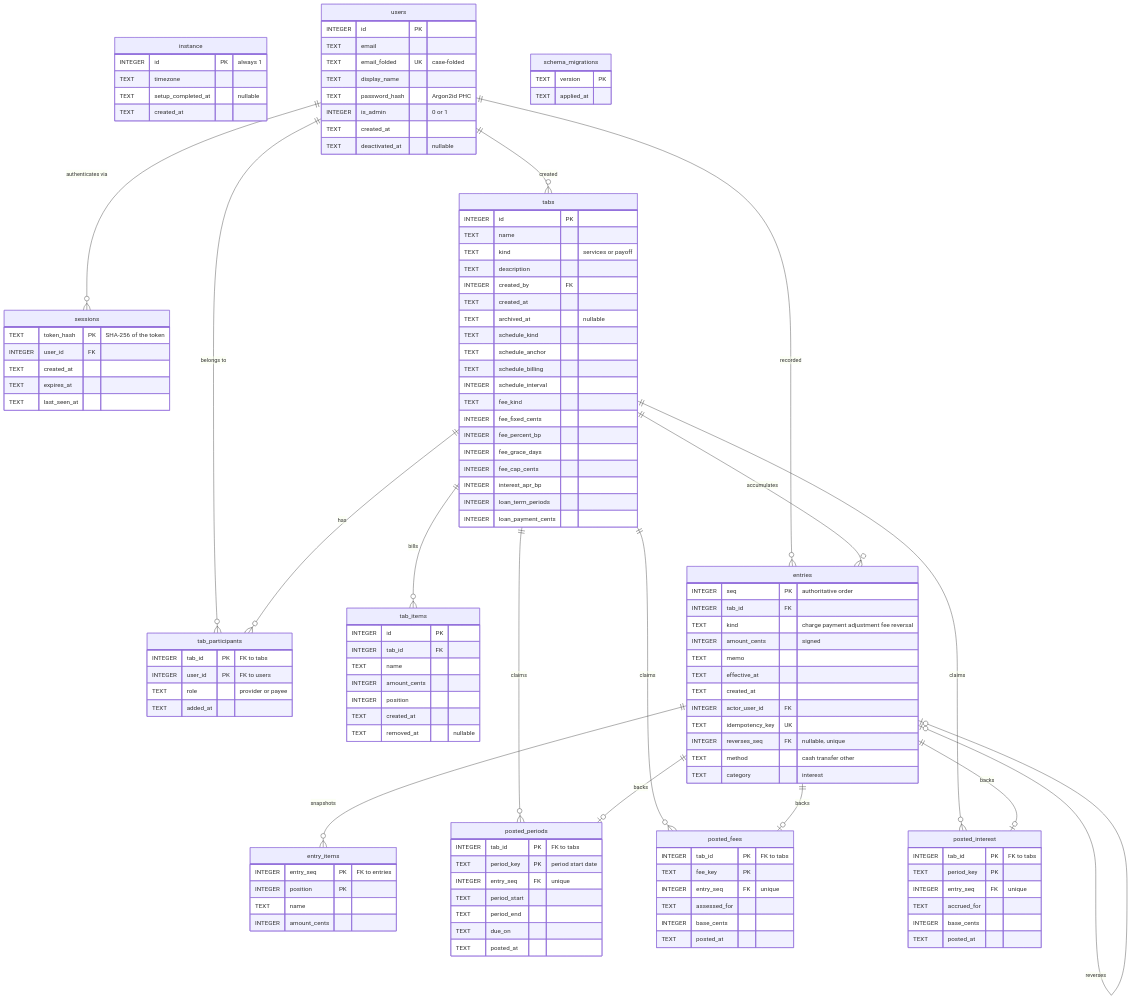
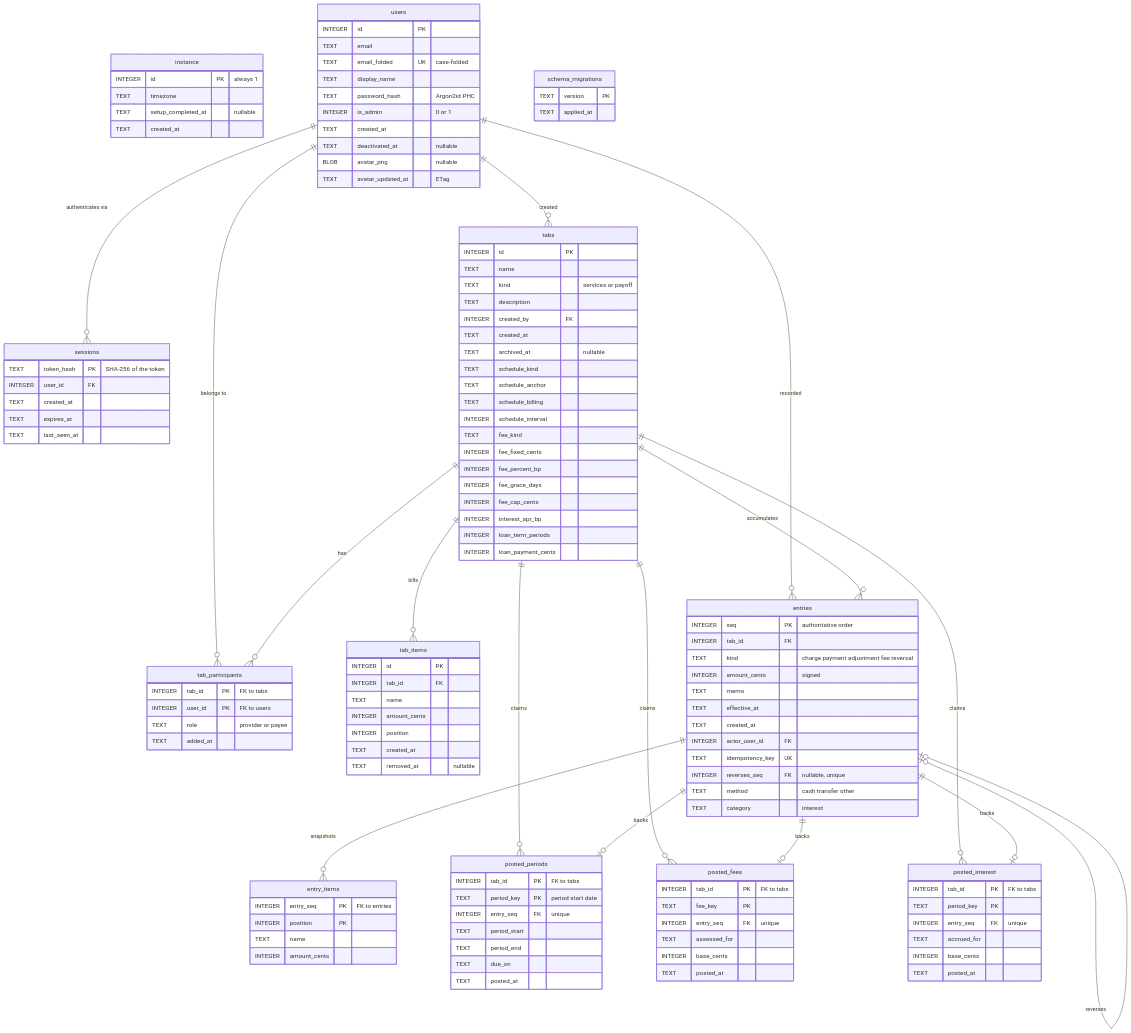
The diagram in docs/DATA-MODEL.md (johnzastrow/bitt), drawn with Mermaid before and after one commit. The commit also changed other lines of this file and 17 other files, not shown here.

```diff
--- a/docs/DATA-MODEL.md
+++ b/docs/DATA-MODEL.md
@@ -36,6 +36,8 @@
         INTEGER is_admin "0 or 1"
         TEXT created_at
         TEXT deactivated_at "nullable"
+        BLOB avatar_png "nullable"
+        TEXT avatar_updated_at "ETag"
     }
 
     sessions {
```
